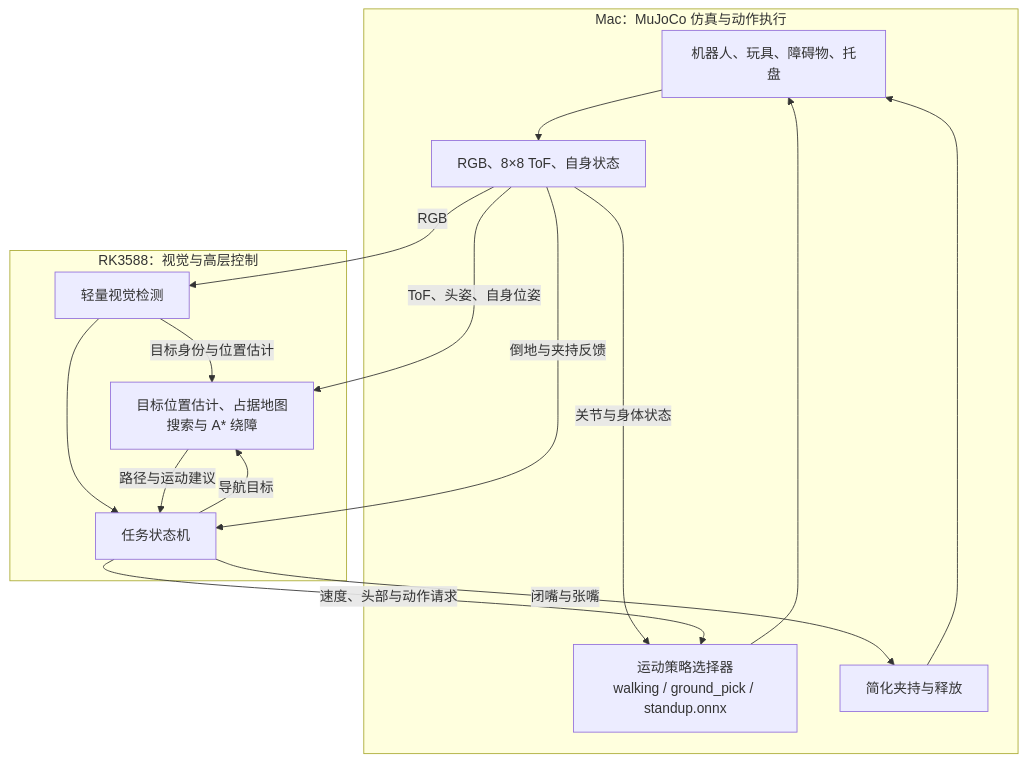
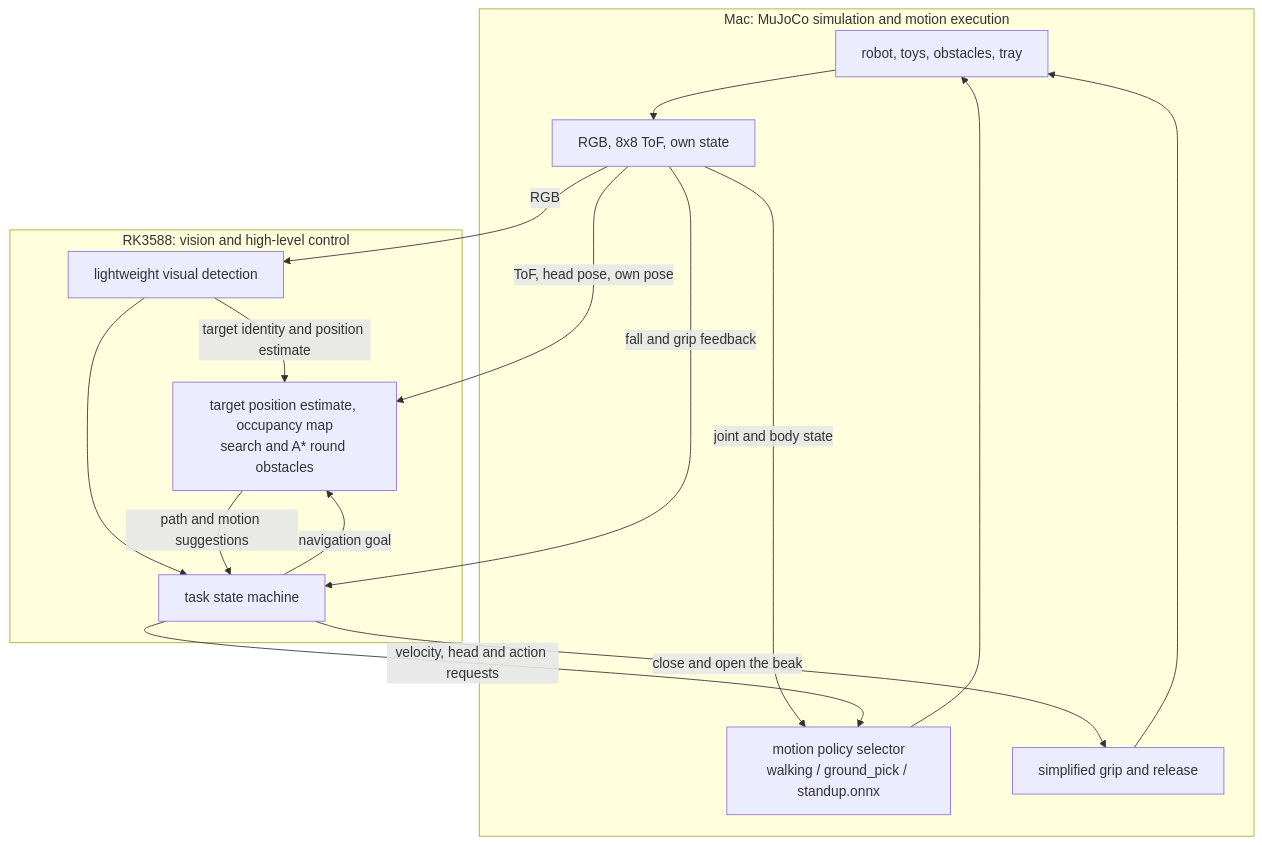
The diagram in docs/plans/2026-10-11_toy_retrieval_plan_for_review.md (Baro7ue/microduck-rk3588-toy-retrieval), drawn with Mermaid before and after one commit. The commit also changed other lines of this file and 40 other files, not shown here.

````diff
--- a/docs/plans/2026-10-11_toy_retrieval_plan_for_review.md
+++ b/docs/plans/2026-10-11_toy_retrieval_plan_for_review.md
@@ -87,29 +87,29 @@
 ```mermaid
 flowchart TB
-    subgraph MAC["Mac：MuJoCo 仿真与动作执行"]
-        WORLD["机器人、玩具、障碍物、托盘"]
-        SENSOR["RGB、8×8 ToF、自身状态"]
-        POLICY["运动策略选择器<br/>walking / ground_pick / standup.onnx"]
-        GRASP["简化夹持与释放"]
+    subgraph MAC["Mac: MuJoCo simulation and motion execution"]
+        WORLD["robot, toys, obstacles, tray"]
+        SENSOR["RGB, 8x8 ToF, own state"]
+        POLICY["motion policy selector<br/>walking / ground_pick / standup.onnx"]
+        GRASP["simplified grip and release"]
         WORLD --> SENSOR
         POLICY --> WORLD
         GRASP --> WORLD
-        SENSOR -->|关节与身体状态| POLICY
+        SENSOR -->|joint and body state| POLICY
     end
 
-    subgraph RK["RK3588：视觉与高层控制"]
-        VISION["轻量视觉检测"]
-        NAV["目标位置估计、占据地图<br/>搜索与 A* 绕障"]
-        TASK["任务状态机"]
-        VISION -->|目标身份与位置估计| NAV
+    subgraph RK["RK3588: vision and high-level control"]
+        VISION["lightweight visual detection"]
+        NAV["target position estimate, occupancy map<br/>search and A* round obstacles"]
+        TASK["task state machine"]
+        VISION -->|target identity and position estimate| NAV
         VISION --> TASK
-        NAV -->|路径与运动建议| TASK
-        TASK -->|导航目标| NAV
+        NAV -->|path and motion suggestions| TASK
+        TASK -->|navigation goal| NAV
     end
 
     SENSOR -->|RGB| VISION
-    SENSOR -->|ToF、头姿、自身位姿| NAV
-    SENSOR -->|倒地与夹持反馈| TASK
-    TASK -->|速度、头部与动作请求| POLICY
-    TASK -->|闭嘴与张嘴| GRASP
+    SENSOR -->|ToF, head pose, own pose| NAV
+    SENSOR -->|fall and grip feedback| TASK
+    TASK -->|velocity, head and action requests| POLICY
+    TASK -->|close and open the beak| GRASP
 ```
````
